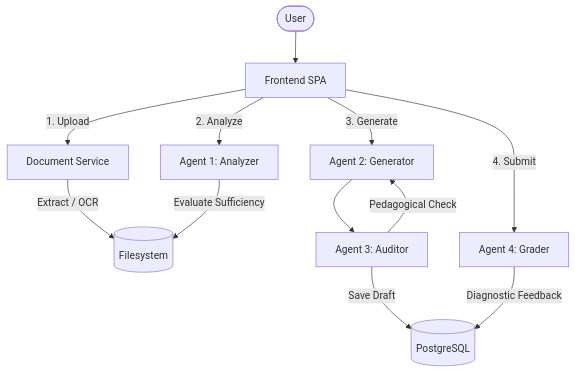
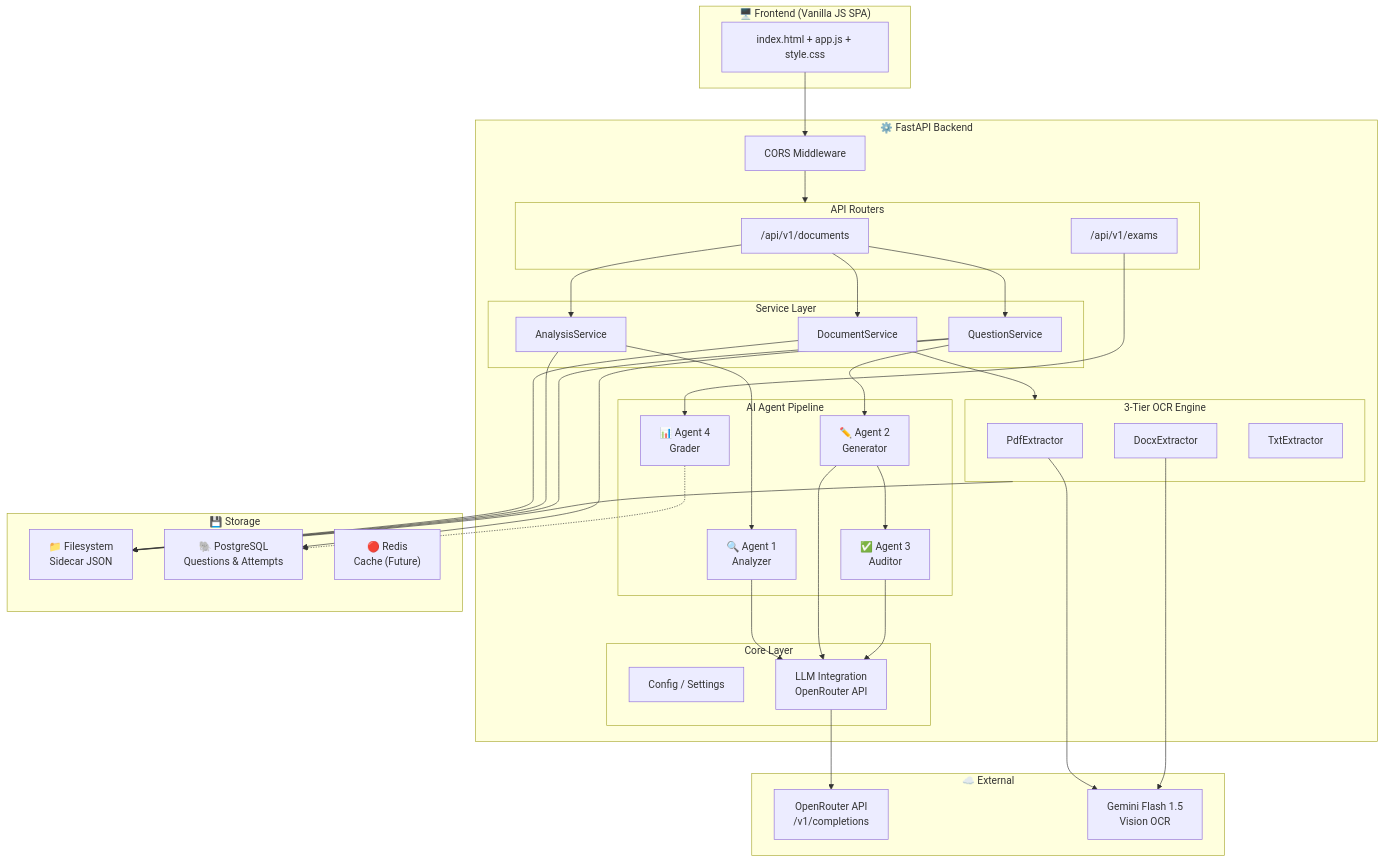
The first of 3 diagrams in README.md (BeerBarnaby/QuizSensei), drawn with Mermaid before and after one commit. The commit also changed other lines of this file and 3 other files, not shown here.

Commit message:
feat: Implement initial frontend structure with HTML, CSS, and JavaScript, and update README.

````diff
--- a/README.md
+++ b/README.md
@@ -24,17 +59,71 @@
 ```mermaid
-graph TD
-    User([User]) --> UI[Frontend SPA]
-    UI -- "1. Upload" --> API[Document Service]
-    API -- "Extract / OCR" --> FS[(Filesystem)]
-    
-    UI -- "2. Analyze" --> A1[Agent 1: Analyzer]
-    A1 -- "Evaluate Sufficiency" --> FS
-    
-    UI -- "3. Generate" --> A2[Agent 2: Generator]
-    A2 --> A3[Agent 3: Auditor]
-    A3 -- "Pedagogical Check" --> A2
-    A3 -- "Save Draft" --> DB[(PostgreSQL)]
-    
-    UI -- "4. Submit" --> A4[Agent 4: Grader]
-    A4 -- "Diagnostic Feedback" --> DB
+graph TB
+    subgraph Client["🖥️ Frontend (Vanilla JS SPA)"]
+        UI[index.html + app.js + style.css]
+    end
+
+    subgraph Server["⚙️ FastAPI Backend"]
+        MW[CORS Middleware]
+        
+        subgraph Routers["API Routers"]
+            DR["/api/v1/documents"]
+            ER["/api/v1/exams"]
+        end
+
+        subgraph Services["Service Layer"]
+            DS[DocumentService]
+            AS[AnalysisService]
+            QS[QuestionService]
+        end
+
+        subgraph Agents["AI Agent Pipeline"]
+            A1["🔍 Agent 1<br/>Analyzer"]
+            A2["✏️ Agent 2<br/>Generator"]
+            A3["✅ Agent 3<br/>Auditor"]
+            A4["📊 Agent 4<br/>Grader"]
+        end
+
+        subgraph Extractors["3-Tier OCR Engine"]
+            PDF[PdfExtractor]
+            DOCX[DocxExtractor]
+            TXT[TxtExtractor]
+        end
+
+        subgraph Core["Core Layer"]
+            CFG[Config / Settings]
+            LLM[LLM Integration<br/>OpenRouter API]
+        end
+    end
+
+    subgraph Storage["💾 Storage"]
+        FS["📁 Filesystem<br/>Sidecar JSON"]
+        DB["🐘 PostgreSQL<br/>Questions & Attempts"]
+        RD["🔴 Redis<br/>Cache (Future)"]
+    end
+
+    subgraph External["☁️ External"]
+        OR["OpenRouter API<br/>/v1/completions"]
+        GF["Gemini Flash 1.5<br/>Vision OCR"]
+    end
+
+    UI --> MW --> Routers
+    DR --> DS & AS & QS
+    ER --> A4
+
+    DS --> Extractors
+    AS --> A1
+    QS --> A2 --> A3
+
+    Extractors --> FS
+    A1 --> LLM --> OR
+    A2 --> LLM
+    A3 --> LLM
+    A4 -.-> DB
+
+    PDF --> GF
+    DOCX --> GF
+
+    DS --> FS
+    AS --> FS
+    QS --> FS & DB
 ```
````
